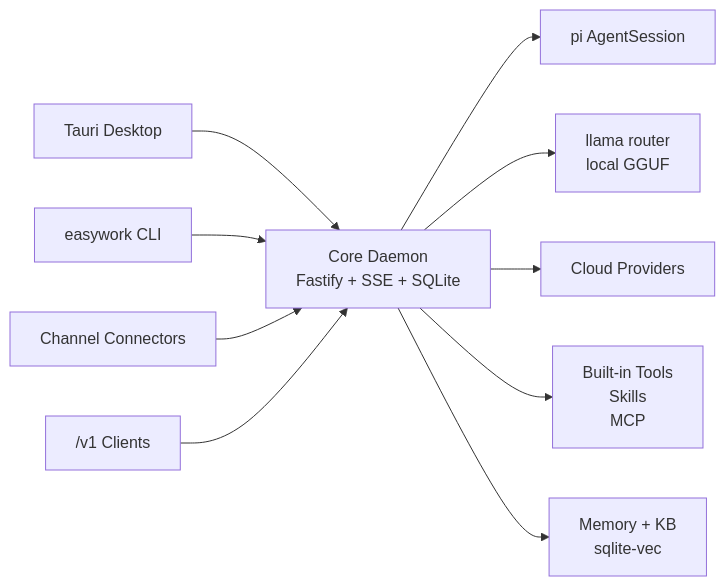
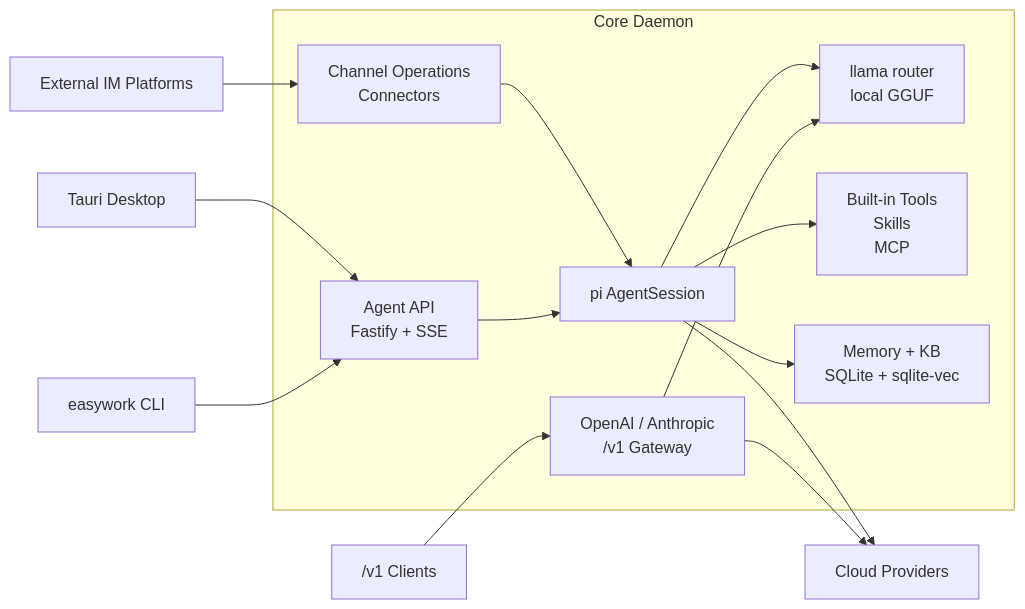
One commit to LunarCache/easywork changed the diagram in README.md. Above: the diagram before and after it, drawn with Mermaid. The commit also changed other lines of this file and 8 other files, not shown here.

Commit message:
docs: align documentation with current architecture

````diff
--- a/README.md
+++ b/README.md
@@ -42,24 +42,31 @@
 ```mermaid
 flowchart LR
   Desktop["Tauri Desktop"]
   CLI["easywork CLI"]
-  IM["Channel Connectors"]
+  IM["External IM Platforms"]
   V1["/v1 Clients"]
 
-  Core["Core Daemon<br/>Fastify + SSE + SQLite"]
-  Agent["pi AgentSession"]
-  Router["llama router<br/>local GGUF"]
+  subgraph Core["Core Daemon"]
+    AgentAPI["Agent API<br/>Fastify + SSE"]
+    Channel["Channel Operations<br/>Connectors"]
+    Gateway["OpenAI / Anthropic<br/>/v1 Gateway"]
+    Agent["pi AgentSession"]
+    Router["llama router<br/>local GGUF"]
+    Tools["Built-in Tools<br/>Skills<br/>MCP"]
+    Memory["Memory + KB<br/>SQLite + sqlite-vec"]
+  end
+
   Cloud["Cloud Providers"]
-  Tools["Built-in Tools<br/>Skills<br/>MCP"]
-  Memory["Memory + KB<br/>sqlite-vec"]
 
-  Desktop --> Core
-  CLI --> Core
-  IM --> Core
-  V1 --> Core
-  Core --> Agent
-  Core --> Router
-  Core --> Cloud
-  Core --> Tools
-  Core --> Memory
+  Desktop --> AgentAPI
+  CLI --> AgentAPI
+  IM --> Channel --> Agent
+  V1 --> Gateway
+  AgentAPI --> Agent
+  Agent --> Router
+  Agent --> Cloud
+  Agent --> Tools
+  Agent --> Memory
+  Gateway --> Router
+  Gateway --> Cloud
 ```
````
